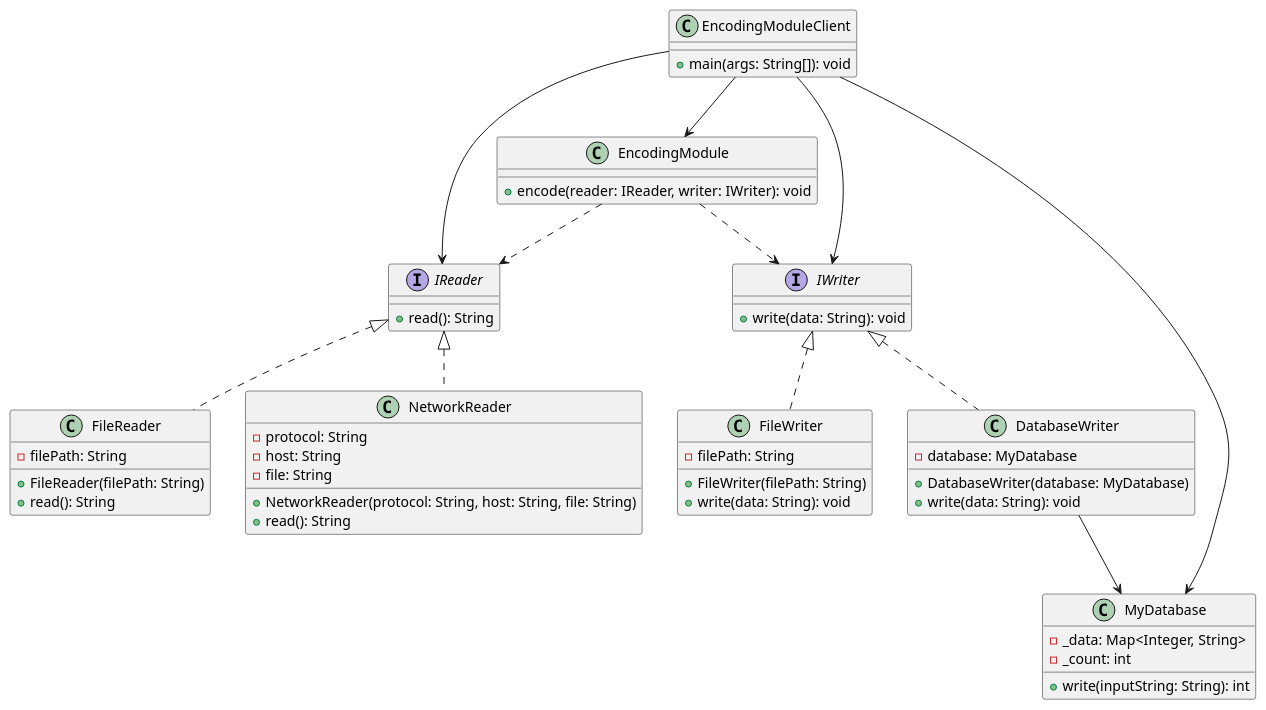
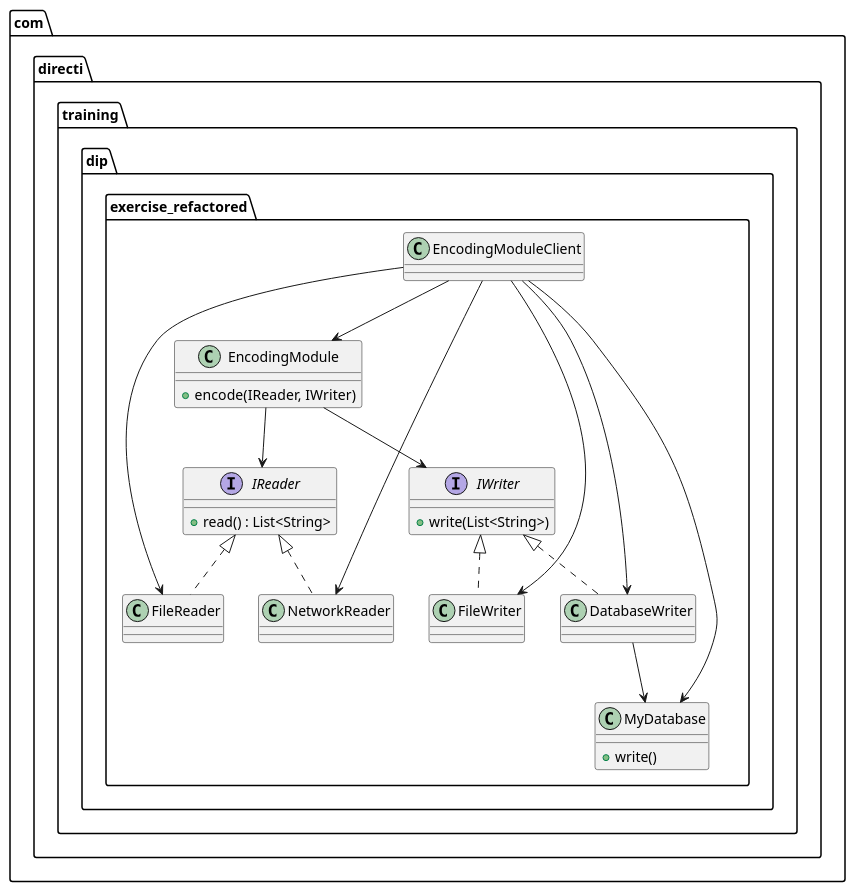
One commit to azizmass/SOLID changed the diagram in DIP/umlrefactor.puml. Above: the diagram before and after it, drawn with PlantUML. The commit also changed 36 other files, not shown here.

```diff
--- a/DIP/umlrefactor.puml
+++ b/DIP/umlrefactor.puml
@@ -1,65 +1,30 @@
 @startuml
-
-
-
+package com.directi.training.dip.exercise_refactored {
   interface IReader {
-    +read(): String
+    +read() : List<String>
+  }
+  interface IWriter {
+    +write(List<String>)
+  }
+  class EncodingModule {
+    +encode(IReader, IWriter)
+  }
+  class FileReader implements IReader 
+  class NetworkReader implements IReader 
+  class FileWriter implements IWriter 
+  class DatabaseWriter implements IWriter 
+  class MyDatabase {
+    +write()
   }
   
-  interface IWriter {
-    +write(data: String): void
-  }
-
-
-  class EncodingModule {
-    +encode(reader: IReader, writer: IWriter): void
-  }
-
-
-class FileReader implements IReader {
-    -filePath: String
-    +FileReader(filePath: String)
-    +read(): String
-  }
-  
-  class FileWriter implements IWriter {
-    -filePath: String
-    +FileWriter(filePath: String)
-    +write(data: String): void
-  }
-  
-  class NetworkReader implements IReader {
-    -protocol: String
-    -host: String
-    -file: String
-    +NetworkReader(protocol: String, host: String, file: String)
-    +read(): String
-  }
-  
-  class DatabaseWriter implements IWriter {
-    -database: MyDatabase
-    +DatabaseWriter(database: MyDatabase)
-    +write(data: String): void
-  }
-  
-  class MyDatabase {
-    -_data: Map<Integer, String>
-    -_count: int
-    +write(inputString: String): int
-  }
-
-
-class EncodingModuleClient {
-  +main(args: String[]): void
+  EncodingModule --> IReader
+  EncodingModule --> IWriter
+  DatabaseWriter --> MyDatabase
+  EncodingModuleClient --> EncodingModule
+  EncodingModuleClient --> FileReader
+  EncodingModuleClient --> FileWriter
+  EncodingModuleClient --> NetworkReader
+  EncodingModuleClient --> MyDatabase
+  EncodingModuleClient --> DatabaseWriter
 }
-
-
-EncodingModule ..> IReader
-EncodingModule ..> IWriter
-DatabaseWriter --> MyDatabase
-EncodingModuleClient --> EncodingModule
-EncodingModuleClient --> IReader
-EncodingModuleClient --> IWriter
-EncodingModuleClient --> MyDatabase
-
 @enduml
```
